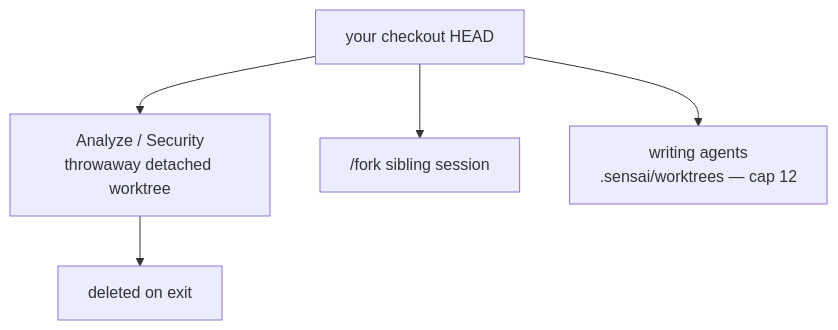
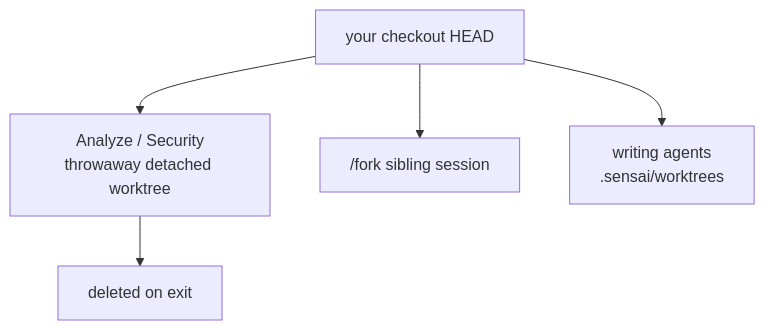
Before and after one commit to immunisense/sensai: the first of 2 diagrams in README.md, drawn with Mermaid. The commit also changed other lines of this file and 3 other files, not shown here.

````diff
--- a/README.md
+++ b/README.md
@@ -113,8 +113,8 @@
 ```mermaid
 flowchart TD
   HEAD[your checkout HEAD]
   HEAD --> A[Analyze / Security<br/>throwaway detached worktree]
   HEAD --> F["/fork sibling session"]
-  HEAD --> W["writing agents<br/>.sensai/worktrees — cap 12"]
+  HEAD --> W["writing agents<br/>.sensai/worktrees"]
   A --> D[deleted on exit]
 ```
````
